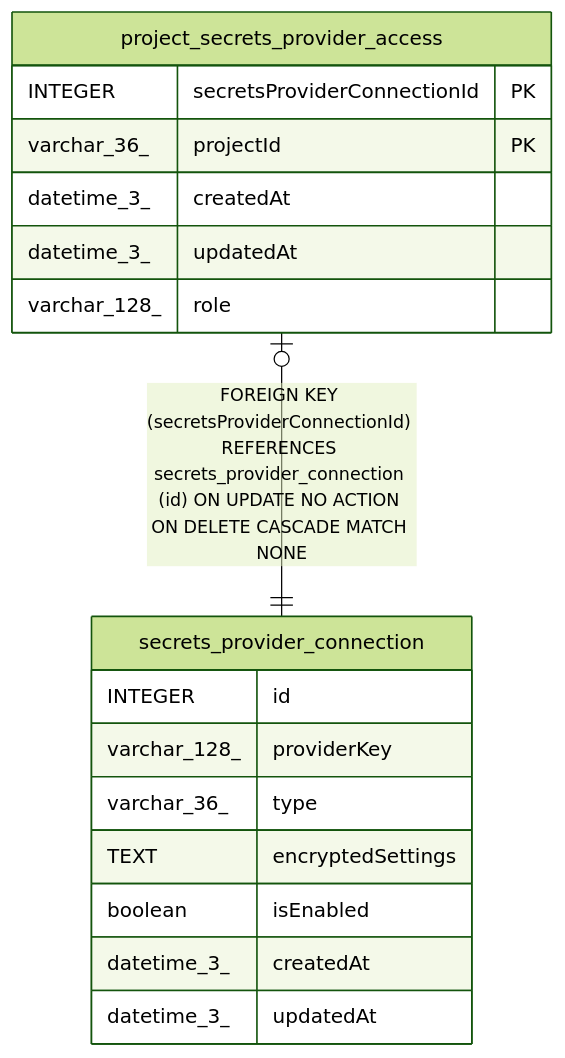
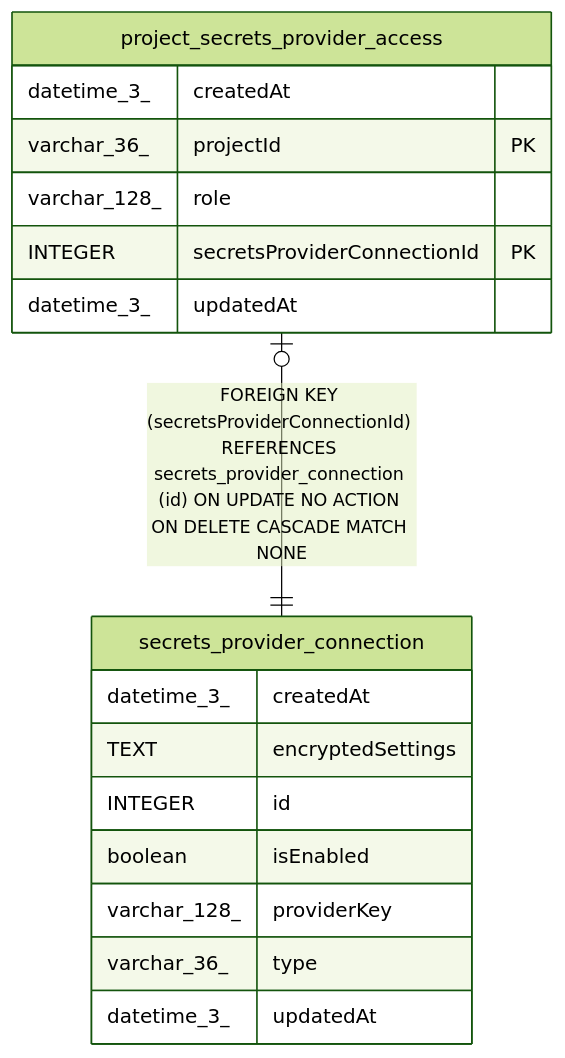
The diagram in docs/generated/sqlite-schema/secrets_provider_connection.md (mayankjain1815-commits/n8n), drawn with Mermaid (forest theme) before and after one commit. The commit also changed other lines of this file and 221 other files, not shown here.

Commit message:
chore(core): Make DB schema docs generation deterministic (#32373)

````diff
--- a/docs/generated/sqlite-schema/secrets_provider_connection.md
+++ b/docs/generated/sqlite-schema/secrets_provider_connection.md
@@ -40,22 +40,22 @@
 ```mermaid
 erDiagram
 
 "project_secrets_provider_access" |o--|| "secrets_provider_connection" : "FOREIGN KEY (secretsProviderConnectionId) REFERENCES secrets_provider_connection (id) ON UPDATE NO ACTION ON DELETE CASCADE MATCH NONE"
 
 "secrets_provider_connection" {
+  datetime_3_ createdAt
+  TEXT encryptedSettings
   INTEGER id
+  boolean isEnabled
   varchar_128_ providerKey
   varchar_36_ type
-  TEXT encryptedSettings
-  boolean isEnabled
-  datetime_3_ createdAt
   datetime_3_ updatedAt
 }
 "project_secrets_provider_access" {
+  datetime_3_ createdAt
+  varchar_36_ projectId PK
+  varchar_128_ role
   INTEGER secretsProviderConnectionId PK
-  varchar_36_ projectId PK
-  datetime_3_ createdAt
   datetime_3_ updatedAt
-  varchar_128_ role
 }
 ```
````
